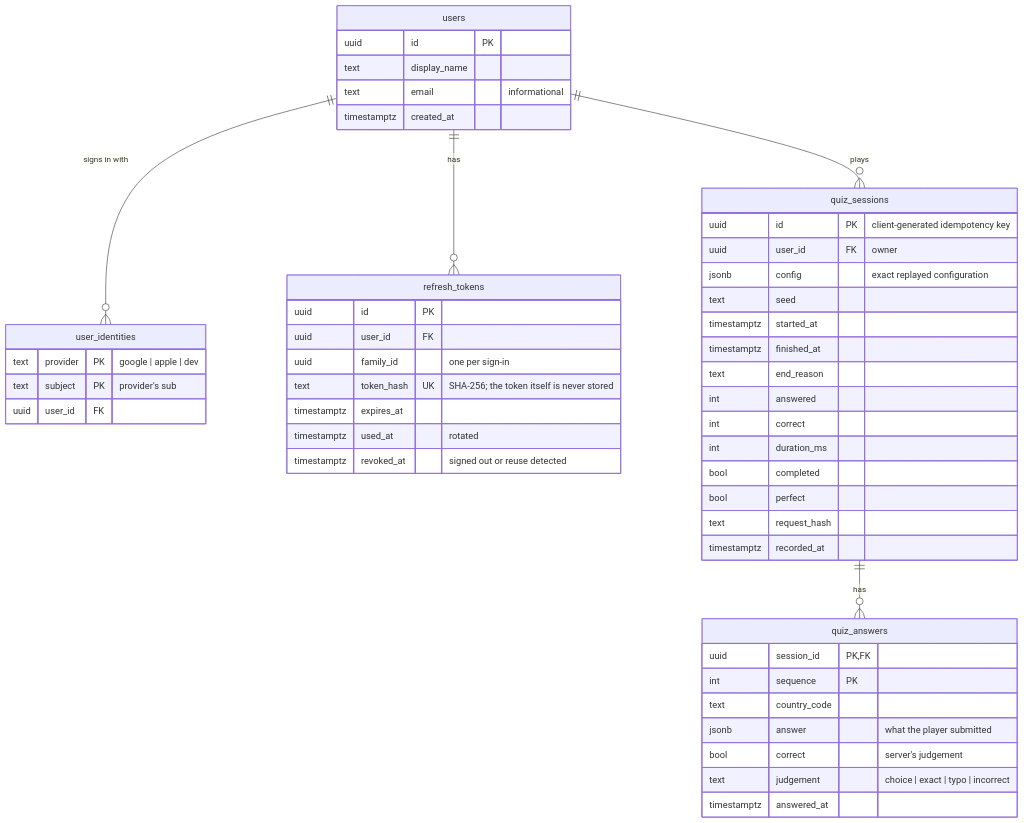
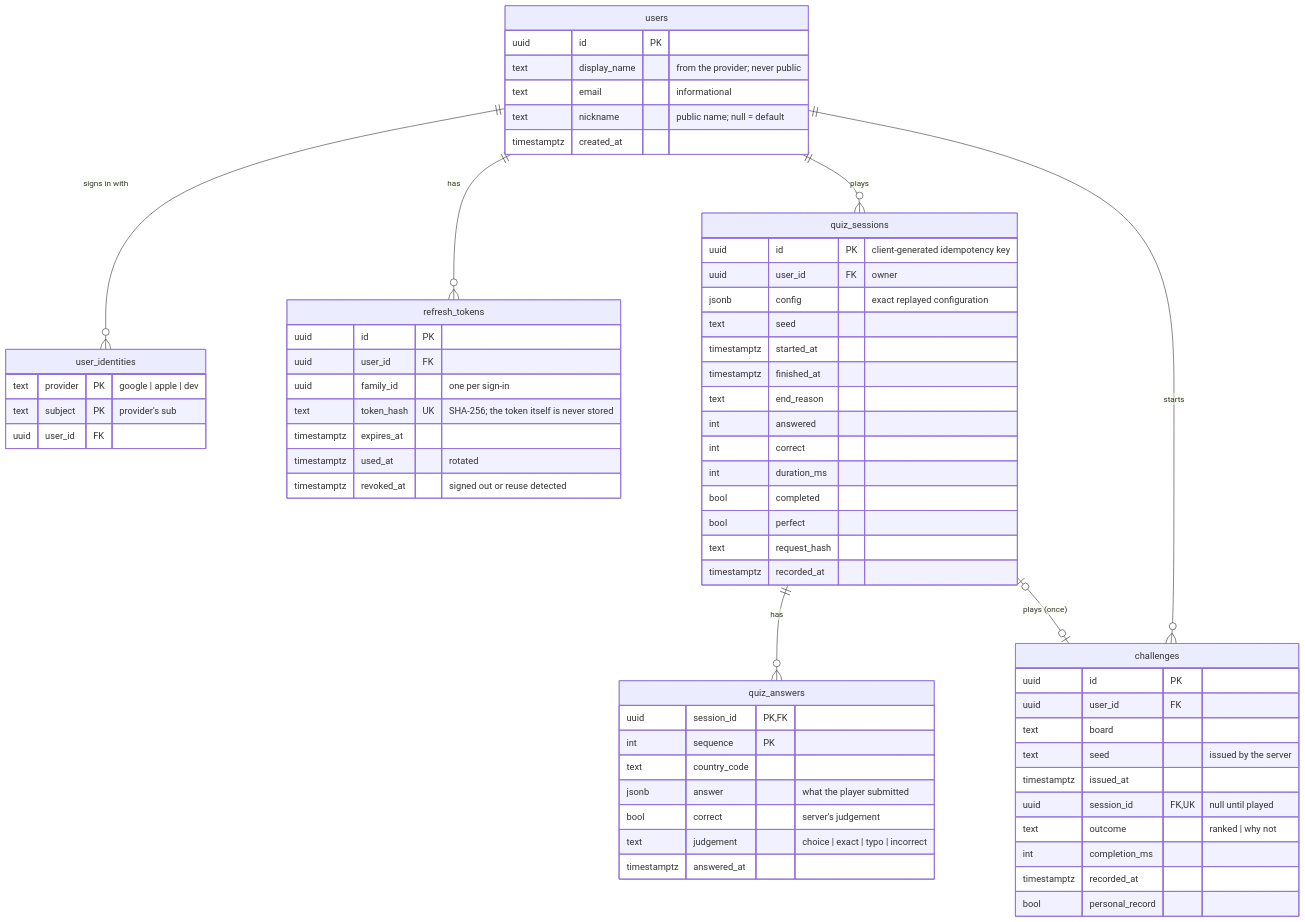
One commit to vadimkosenkov/angular-ionic-nx-mf-world-quiz changed the fourth of 4 diagrams in docs/architecture/backend.md. Above: the diagram before and after it, drawn with Mermaid. The commit also changed other lines of this file and 34 other files, not shown here.

````diff
--- a/docs/architecture/backend.md
+++ b/docs/architecture/backend.md
@@ -217,52 +265,67 @@
 ```mermaid
 erDiagram
   users ||--o{ user_identities : "signs in with"
   users ||--o{ refresh_tokens : has
   users ||--o{ quiz_sessions : plays
+  users ||--o{ challenges : starts
   quiz_sessions ||--o{ quiz_answers : has
+  quiz_sessions |o--o| challenges : "plays (once)"
   users {
     uuid id PK
-    text display_name
+    text display_name "from the provider; never public"
     text email "informational"
+    text nickname "public name; null = default"
     timestamptz created_at
+  }
+  challenges {
+    uuid id PK
+    uuid user_id FK
+    text board
+    text seed "issued by the server"
+    timestamptz issued_at
+    uuid session_id FK, UK "null until played"
+    text outcome "ranked | why not"
+    int completion_ms
+    timestamptz recorded_at
+    bool personal_record
   }
   user_identities {
     text provider PK "google | apple | dev"
     text subject PK "provider's sub"
     uuid user_id FK
   }
   refresh_tokens {
     uuid id PK
     uuid user_id FK
     uuid family_id "one per sign-in"
     text token_hash UK "SHA-256; the token itself is never stored"
     timestamptz expires_at
     timestamptz used_at "rotated"
     timestamptz revoked_at "signed out or reuse detected"
   }
   quiz_sessions {
     uuid id PK "client-generated idempotency key"
     uuid user_id FK "owner"
     jsonb config "exact replayed configuration"
     text seed
     timestamptz started_at
     timestamptz finished_at
     text end_reason
     int answered
     int correct
     int duration_ms
     bool completed
     bool perfect
     text request_hash
     timestamptz recorded_at
   }
   quiz_answers {
     uuid session_id PK, FK
     int sequence PK
     text country_code
     jsonb answer "what the player submitted"
     bool correct "server's judgement"
     text judgement "choice | exact | typo | incorrect"
     timestamptz answered_at
   }
 ```
````
